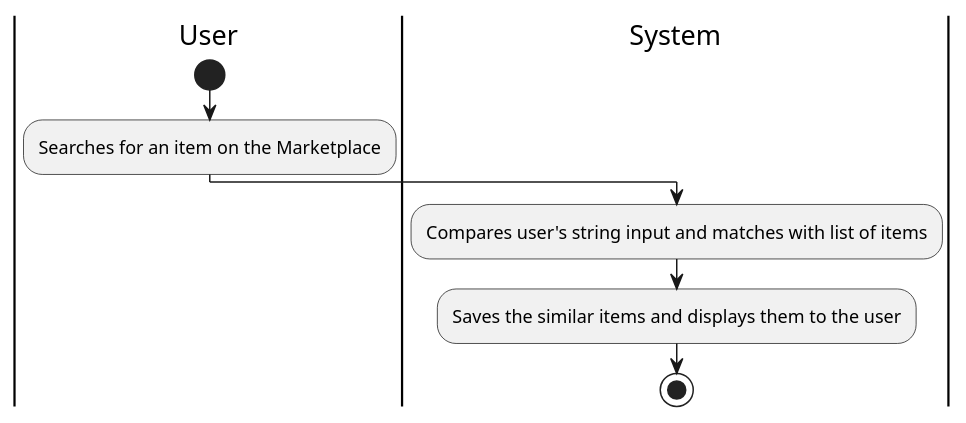
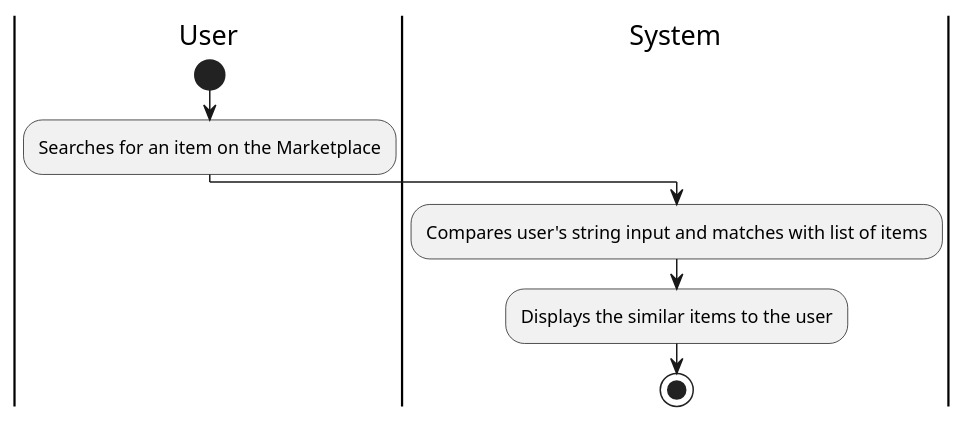
The diagram in Phase1/use-cases/search-for-items.md (remyben-creator/Marketplace-Application), drawn with PlantUML before and after one commit. The commit also changed 4 other files, not shown here.

````diff
--- a/Phase1/use-cases/search-for-items.md
+++ b/Phase1/use-cases/search-for-items.md
@@ -15,11 +15,11 @@
 ```plantuml
 
 |User|
 start
 :Searches for an item on the Marketplace;
 |System|
 :Compares user's string input and matches with list of items;
-:Saves the similar items and displays them to the user;
+:Displays the similar items to the user;
 stop
 @enduml
 ```
````
